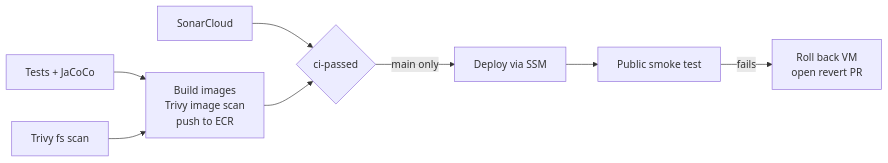
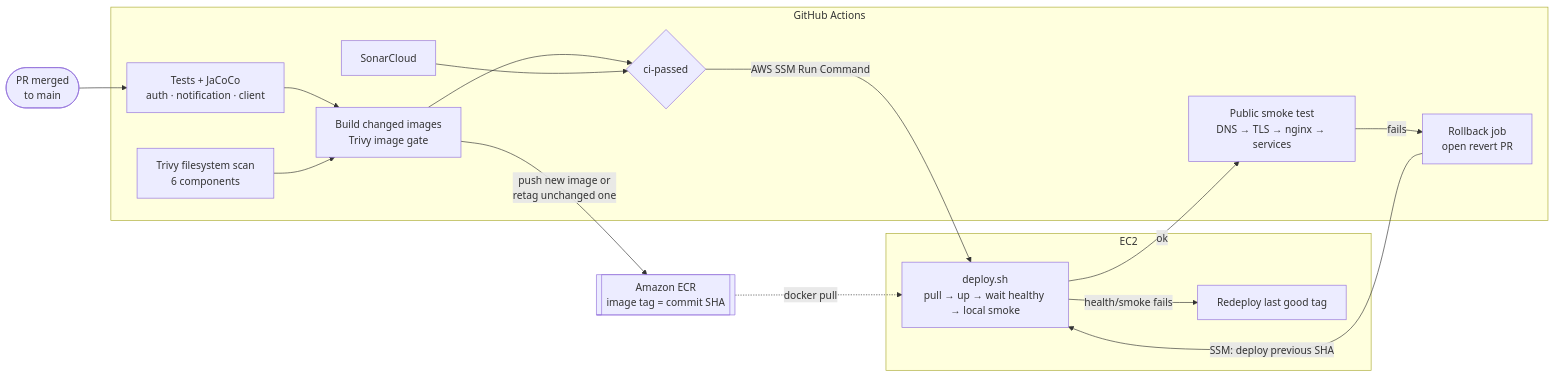
One commit to lodhiPlayBits/AuthService changed the third of 3 diagrams in README.md. Above: the diagram before and after it, drawn with Mermaid. The commit also changed other lines of this file, not shown here.

First line of the commit message:
docs: detailed architecture and deployment diagrams

````diff
--- a/README.md
+++ b/README.md
@@ -241,10 +306,33 @@
 ```mermaid
 flowchart LR
-    T[Tests + JaCoCo] --> BP
-    SC[Trivy fs scan] --> BP
-    SQ[SonarCloud] --> G
-    BP[Build images<br/>Trivy image scan<br/>push to ECR] --> G{ci-passed}
-    G -->|main only| D[Deploy via SSM]
-    D --> ST[Public smoke test]
-    ST -->|fails| RB[Roll back VM<br/>open revert PR]
+    pr(["PR merged<br/>to main"]) --> tests
+
+    subgraph gha["GitHub Actions"]
+        tests["Tests + JaCoCo<br/>auth · notification · client"]
+        fs["Trivy filesystem scan<br/>6 components"]
+        sq["SonarCloud"]
+        build["Build changed images<br/>Trivy image gate"]
+        gate{"ci-passed"}
+        smoke["Public smoke test<br/>DNS → TLS → nginx → services"]
+        rb["Rollback job<br/>open revert PR"]
+    end
+
+    ecr[["Amazon ECR<br/>image tag = commit SHA"]]
+
+    subgraph vm["EC2"]
+        deploy["deploy.sh<br/>pull → up → wait healthy → local smoke"]
+        last["Redeploy last good tag"]
+    end
+
+    tests --> build
+    fs --> build
+    build -->|"push new image or<br/>retag unchanged one"| ecr
+    build --> gate
+    sq --> gate
+    gate -->|"AWS SSM Run Command"| deploy
+    ecr -.->|docker pull| deploy
+    deploy -->|"health/smoke fails"| last
+    deploy -->|ok| smoke
+    smoke -->|fails| rb
+    rb -->|"SSM: deploy previous SHA"| deploy
 ```
````
